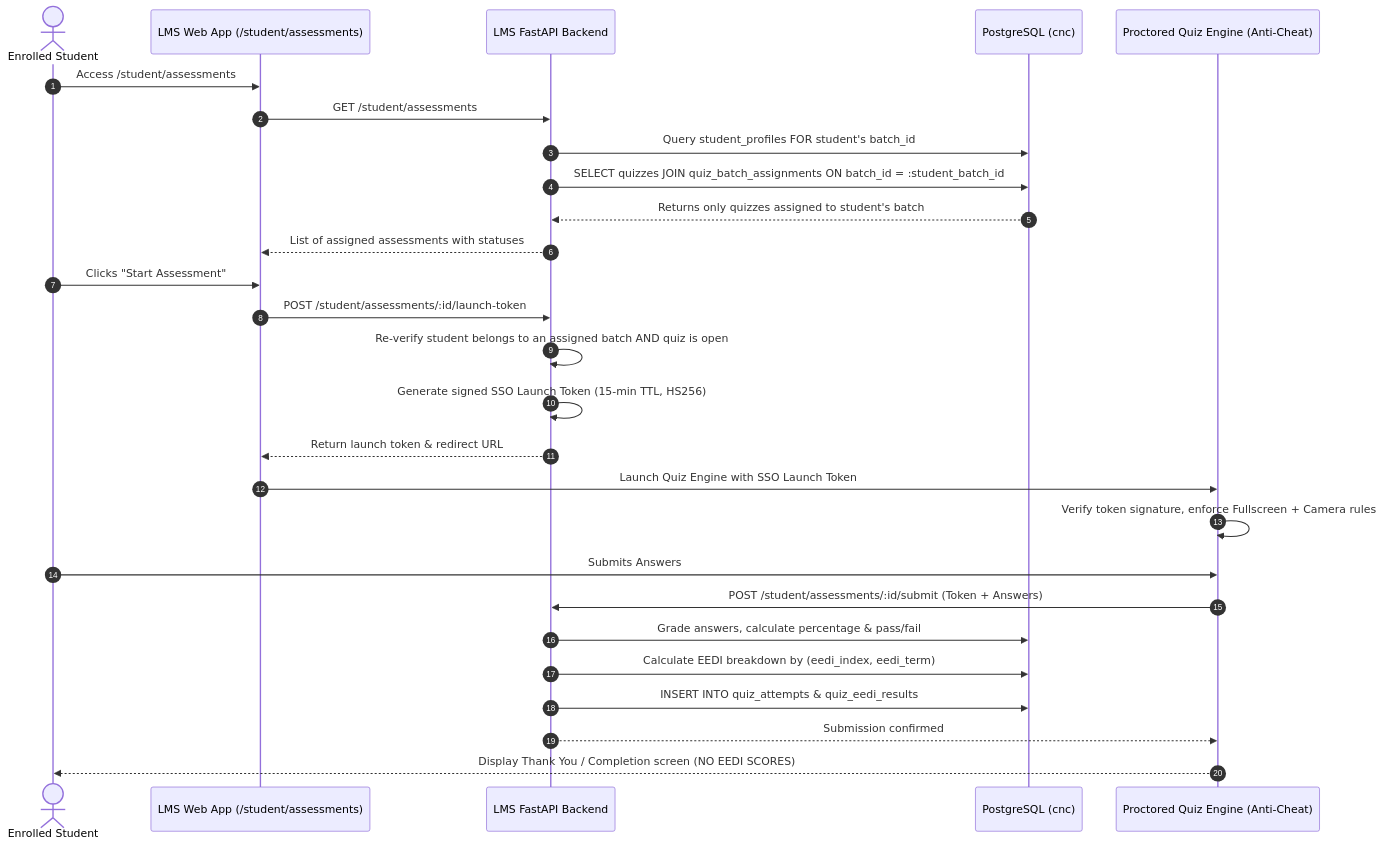
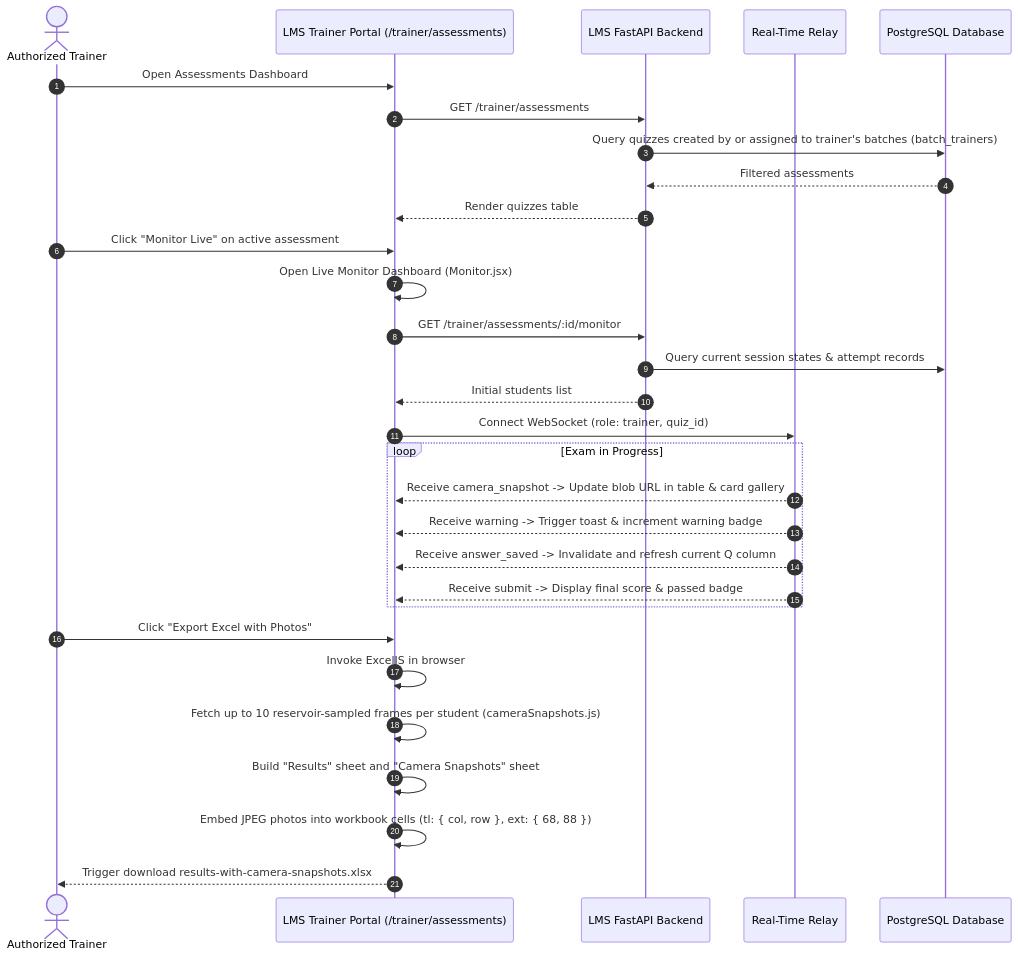
The second of 2 diagrams in QUIZ_LMS_INTEGRATION_ARCHITECTURE.md (wineerscreek-create/CnC_web_and_app_LMS), drawn with Mermaid before and after one commit. The commit also changed other lines of this file and 25 other files, not shown here.

````diff
--- a/QUIZ_LMS_INTEGRATION_ARCHITECTURE.md
+++ b/QUIZ_LMS_INTEGRATION_ARCHITECTURE.md
@@ -53,31 +120,36 @@
 ```mermaid
 sequenceDiagram
     autonumber
-    actor Student as Enrolled Student
-    participant Web as LMS Web App (/student/assessments)
+    actor Trainer as Authorized Trainer
+    participant Portal as LMS Trainer Portal (/trainer/assessments)
     participant API as LMS FastAPI Backend
-    participant DB as PostgreSQL (cnc)
-    participant QuizEngine as Proctored Quiz Engine (Anti-Cheat)
+    participant WS as Real-Time Relay
+    participant DB as PostgreSQL Database
 
-    Student->>Web: Access /student/assessments
-    Web->>API: GET /student/assessments
-    API->>DB: Query student_profiles FOR student's batch_id
-    API->>DB: SELECT quizzes JOIN quiz_batch_assignments ON batch_id = :student_batch_id
-    DB-->>API: Returns only quizzes assigned to student's batch
-    API-->>Web: List of assigned assessments with statuses
+    Trainer->>Portal: Open Assessments Dashboard
+    Portal->>API: GET /trainer/assessments
+    API->>DB: Query quizzes created by or assigned to trainer's batches (batch_trainers)
+    DB-->>API: Filtered assessments
+    API-->>Portal: Render quizzes table
 
-    Student->>Web: Clicks "Start Assessment"
-    Web->>API: POST /student/assessments/:id/launch-token
-    API->>API: Re-verify student belongs to an assigned batch AND quiz is open
-    API->>API: Generate signed SSO Launch Token (15-min TTL, HS256)
-    API-->>Web: Return launch token & redirect URL
-    Web->>QuizEngine: Launch Quiz Engine with SSO Launch Token
-    QuizEngine->>QuizEngine: Verify token signature, enforce Fullscreen + Camera rules
-    Student->>QuizEngine: Submits Answers
-    QuizEngine->>API: POST /student/assessments/:id/submit (Token + Answers)
-    API->>DB: Grade answers, calculate percentage & pass/fail
-    API->>DB: Calculate EEDI breakdown by (eedi_index, eedi_term)
-    API->>DB: INSERT INTO quiz_attempts & quiz_eedi_results
-    API-->>QuizEngine: Submission confirmed
-    QuizEngine-->>Student: Display Thank You / Completion screen (NO EEDI SCORES)
+    Trainer->>Portal: Click "Monitor Live" on active assessment
+    Portal->>Portal: Open Live Monitor Dashboard (Monitor.jsx)
+    Portal->>API: GET /trainer/assessments/:id/monitor
+    API->>DB: Query current session states & attempt records
+    API-->>Portal: Initial students list
+    Portal->>WS: Connect WebSocket (role: trainer, quiz_id)
+
+    loop Exam in Progress
+        WS-->>Portal: Receive camera_snapshot -> Update blob URL in table & card gallery
+        WS-->>Portal: Receive warning -> Trigger toast & increment warning badge
+        WS-->>Portal: Receive answer_saved -> Invalidate and refresh current Q column
+        WS-->>Portal: Receive submit -> Display final score & passed badge
+    end
+
+    Trainer->>Portal: Click "Export Excel with Photos"
+    Portal->>Portal: Invoke ExcelJS in browser
+    Portal->>Portal: Fetch up to 10 reservoir-sampled frames per student (cameraSnapshots.js)
+    Portal->>Portal: Build "Results" sheet and "Camera Snapshots" sheet
+    Portal->>Portal: Embed JPEG photos into workbook cells (tl: { col, row }, ext: { 68, 88 })
+    Portal-->>Trainer: Trigger download results-with-camera-snapshots.xlsx
 ```
````
